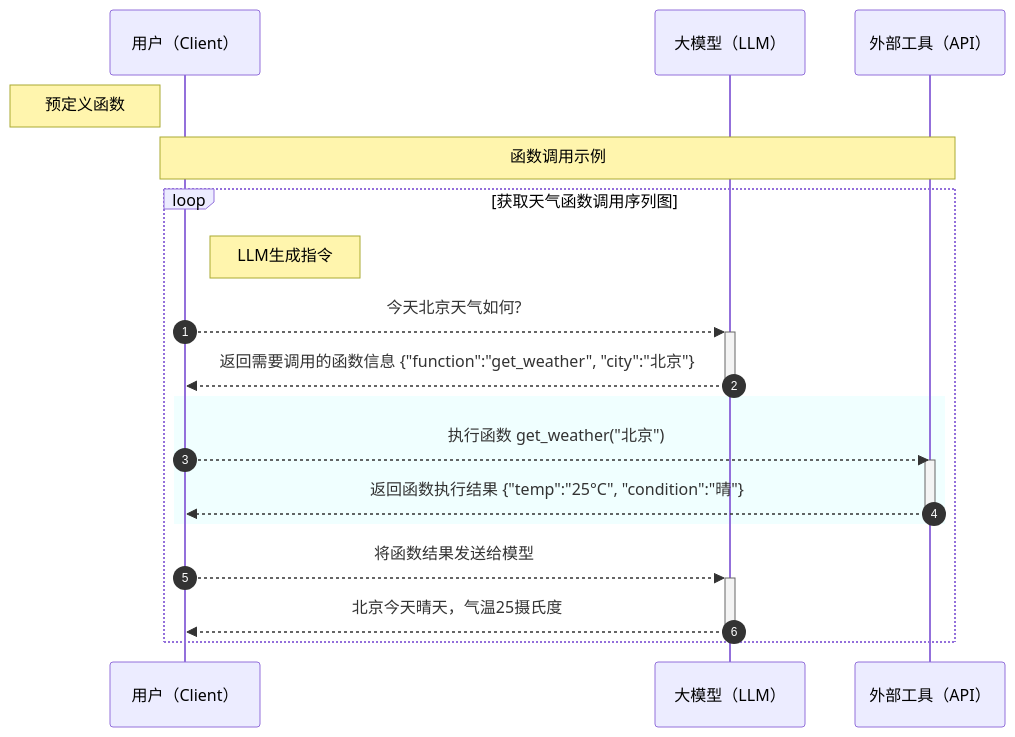
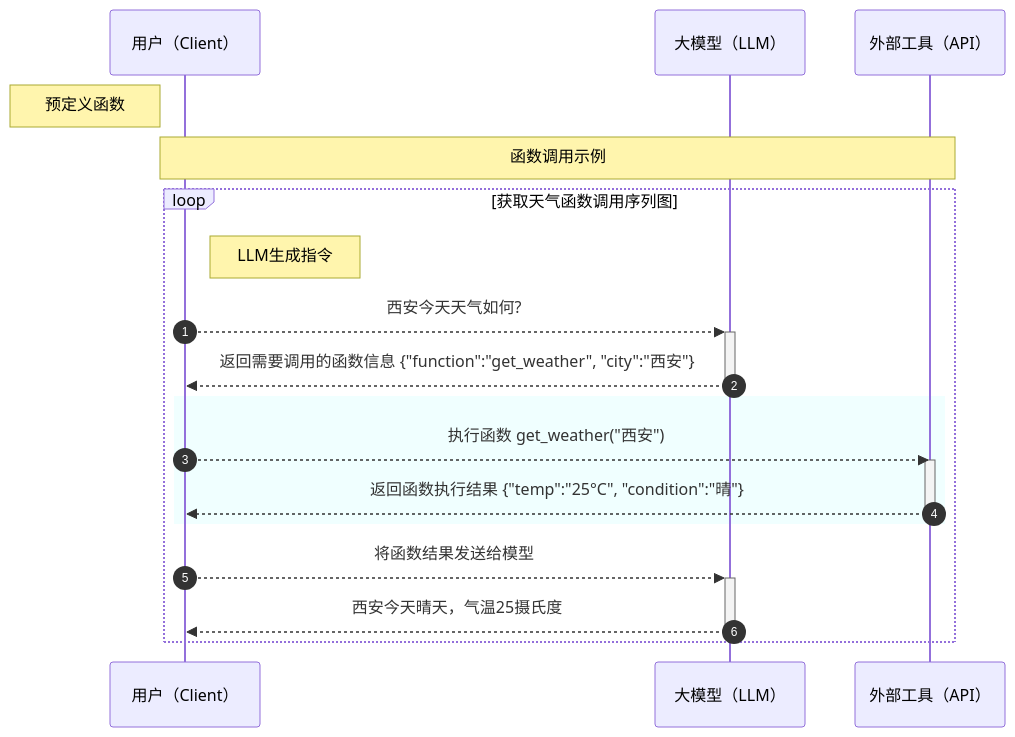
Before and after one commit to 0x00t0x7f/misc-notes: the second of 2 diagrams in LLM概念.md, drawn with Mermaid.

````diff
--- a/LLM概念.md
+++ b/LLM概念.md
@@ -160,24 +160,24 @@
 ```mermaid
 sequenceDiagram
     autonumber
     participant A as 用户（Client）
     participant B as 大模型（LLM）
     participant C as 外部工具（API）
 
     %% 可以直接用别名替代
     Note left of A: 预定义函数
     Note over A, C: 函数调用示例
     loop 获取天气函数调用序列图
         Note right of A: LLM生成指令
-        A -->>+ B: 今天北京天气如何?
-        B -->>- A: 返回需要调用的函数信息 {"function":"get_weather", "city":"北京"}
+        A -->>+ B: 西安今天天气如何?
+        B -->>- A: 返回需要调用的函数信息 {"function":"get_weather", "city":"西安"}
         rect rgb(240, 255, 255)
-        A -->> C: 执行函数 get_weather("北京")
+        A -->> C: 执行函数 get_weather("西安")
         activate C
         C -->> A: 返回函数执行结果 {"temp":"25°C", "condition":"晴"}
         deactivate C
         end
         A -->>+ B: 将函数结果发送给模型
-        B -->>- A: 北京今天晴天，气温25摄氏度
+        B -->>- A: 西安今天晴天，气温25摄氏度
     end
 ```
````
